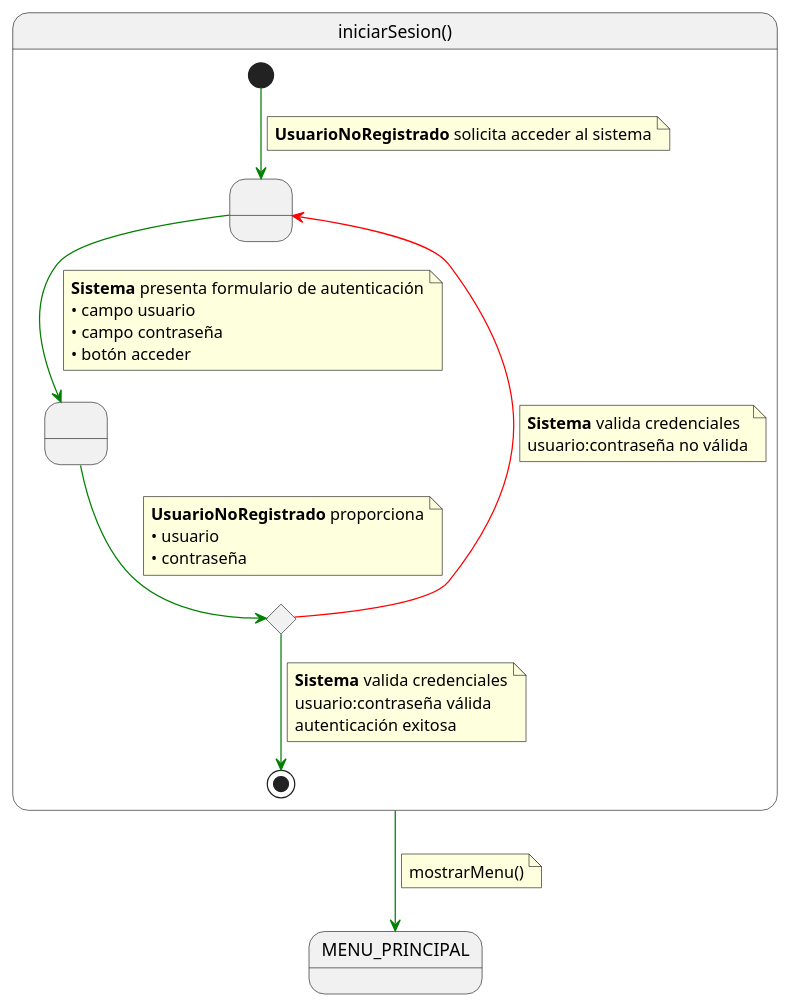
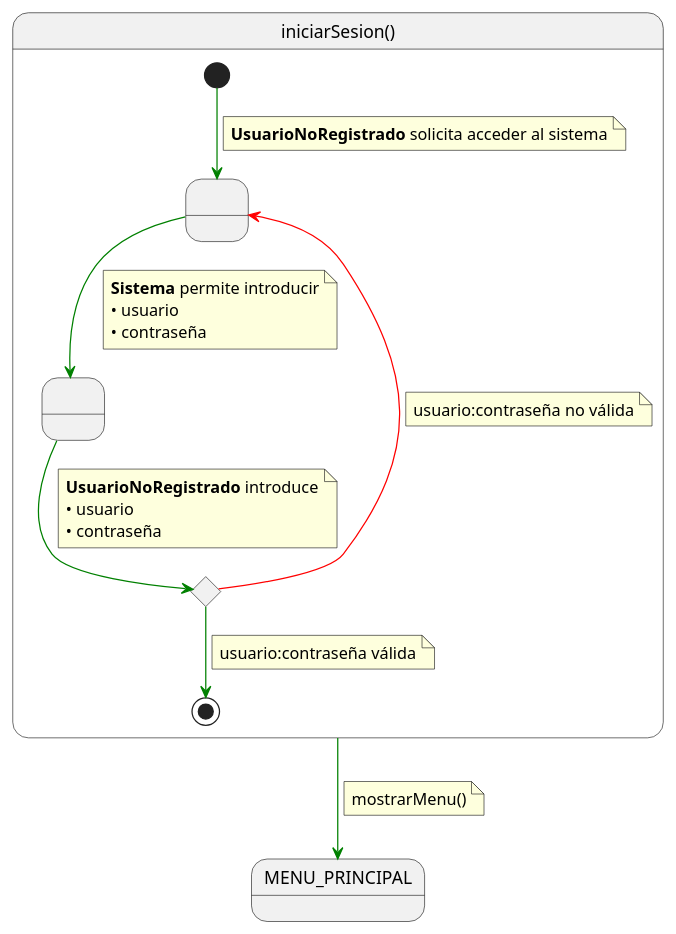
One commit to Hexcss/scheduler changed the diagram in 01-Inception/casos-uso-detalle/iniciarSesion.puml. Above: the diagram before and after it, drawn with PlantUML. The commit also changed 3 other files, not shown here.

```diff
--- a/01-Inception/casos-uso-detalle/iniciarSesion.puml
+++ b/01-Inception/casos-uso-detalle/iniciarSesion.puml
@@ -1,48 +1,44 @@
-@startuml
+@startuml iniciarSesion
 
 state iniciarSesion as "iniciarSesion()" {
 
     state " " as SolicitandoAcceso
     state " " as ProporcionandoCredenciales  
     state c <<choice>>
 
     [*] -[#green]-> SolicitandoAcceso 
     note on link
     <b>UsuarioNoRegistrado</b> solicita acceder al sistema
     end note    
     
     SolicitandoAcceso -[#green]-> ProporcionandoCredenciales
     note on link
-    <b>Sistema</b> presenta formulario de autenticación
-    • campo usuario
-    • campo contraseña
-    • botón acceder
+    <b>Sistema</b> permite introducir
+    • usuario
+    • contraseña
     end note
     
     ProporcionandoCredenciales -[#green]-> c
     note on link
-    <b>UsuarioNoRegistrado</b> proporciona
+    <b>UsuarioNoRegistrado</b> introduce
     • usuario
     • contraseña
     end note
     
     c -[#red]-> SolicitandoAcceso
     note on link
-    <b>Sistema</b> valida credenciales
     usuario:contraseña no válida
     end note
 
     c -[#green]-> [*]
     note on link
-    <b>Sistema</b> valida credenciales
     usuario:contraseña válida
-    autenticación exitosa
     end note
 }
 
 iniciarSesion -[#green]-> MENU_PRINCIPAL
 note on link
 mostrarMenu()
 end note
 
 @enduml
```
